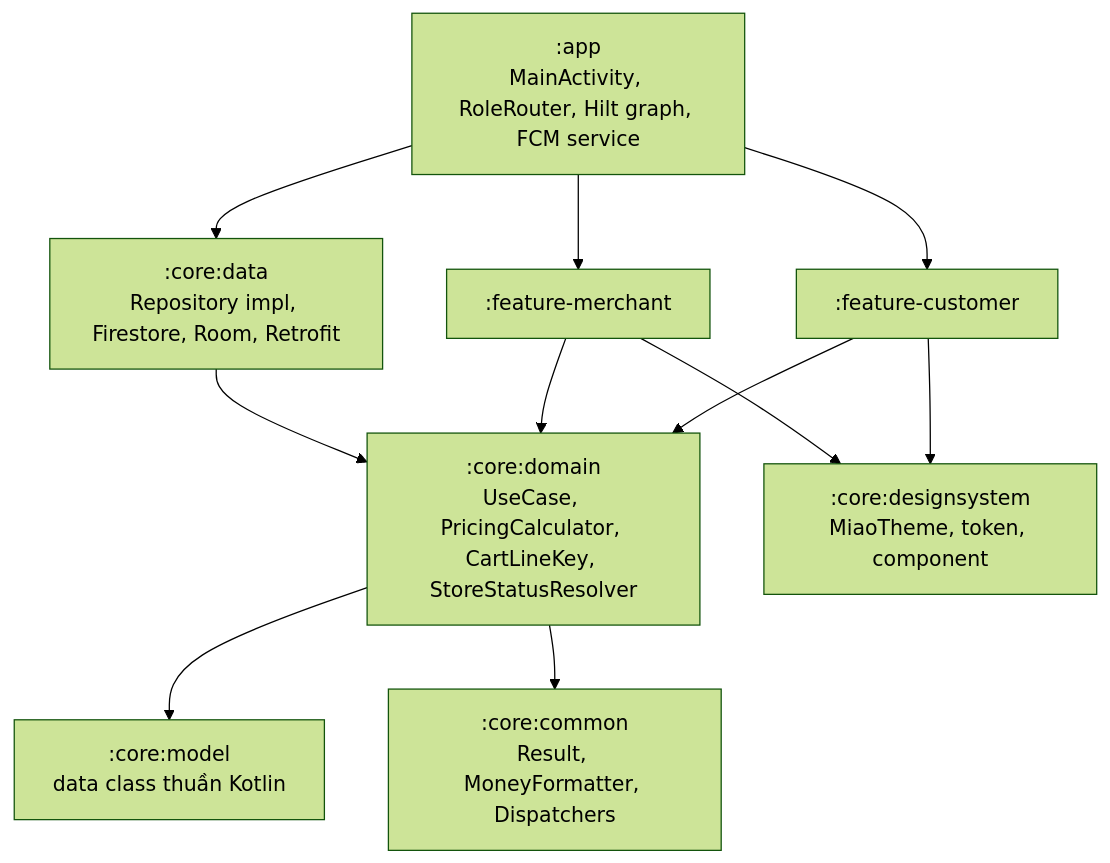
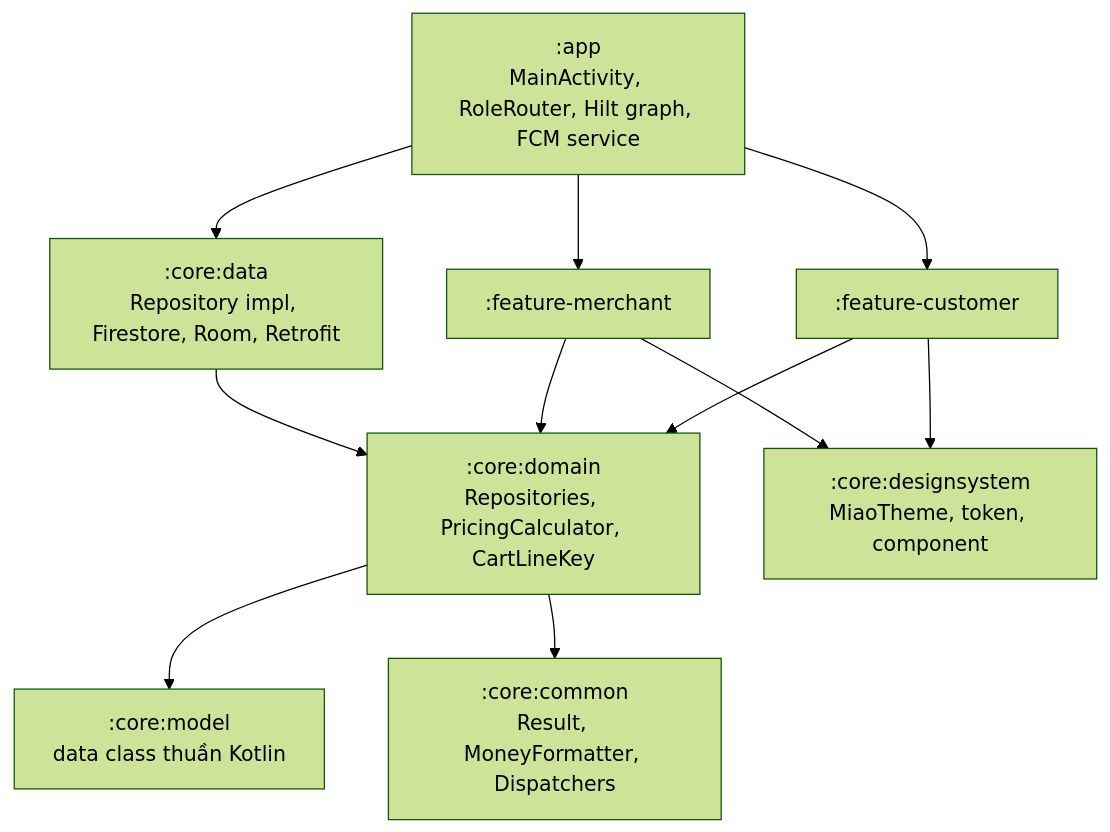
The sixth of 9 diagrams in docs/02-architecture.md (thanhpino/MobileAppFinalProject-MiaoSong), drawn with Mermaid (forest theme) before and after one commit. The commit also changed 3 other files, not shown here.

````diff
--- a/docs/02-architecture.md
+++ b/docs/02-architecture.md
@@ -219,17 +219,17 @@
 ```mermaid
 flowchart TB
     APP[":app<br/>MainActivity, RoleRouter, Hilt graph, FCM service"]
     FC[":feature-customer"]
     FM[":feature-merchant"]
-    DOM[":core:domain<br/>UseCase, PricingCalculator, CartLineKey, StoreStatusResolver"]
+    DOM[":core:domain<br/>Repositories, PricingCalculator, CartLineKey"]
     DATA[":core:data<br/>Repository impl, Firestore, Room, Retrofit"]
     MOD[":core:model<br/>data class thuần Kotlin"]
     DSY[":core:designsystem<br/>MiaoTheme, token, component"]
     COM[":core:common<br/>Result, MoneyFormatter, Dispatchers"]
     APP --> FC & FM
     FC --> DOM & DSY
     FM --> DOM & DSY
     DOM --> MOD & COM
     DATA --> DOM
     APP --> DATA
 ```
````
